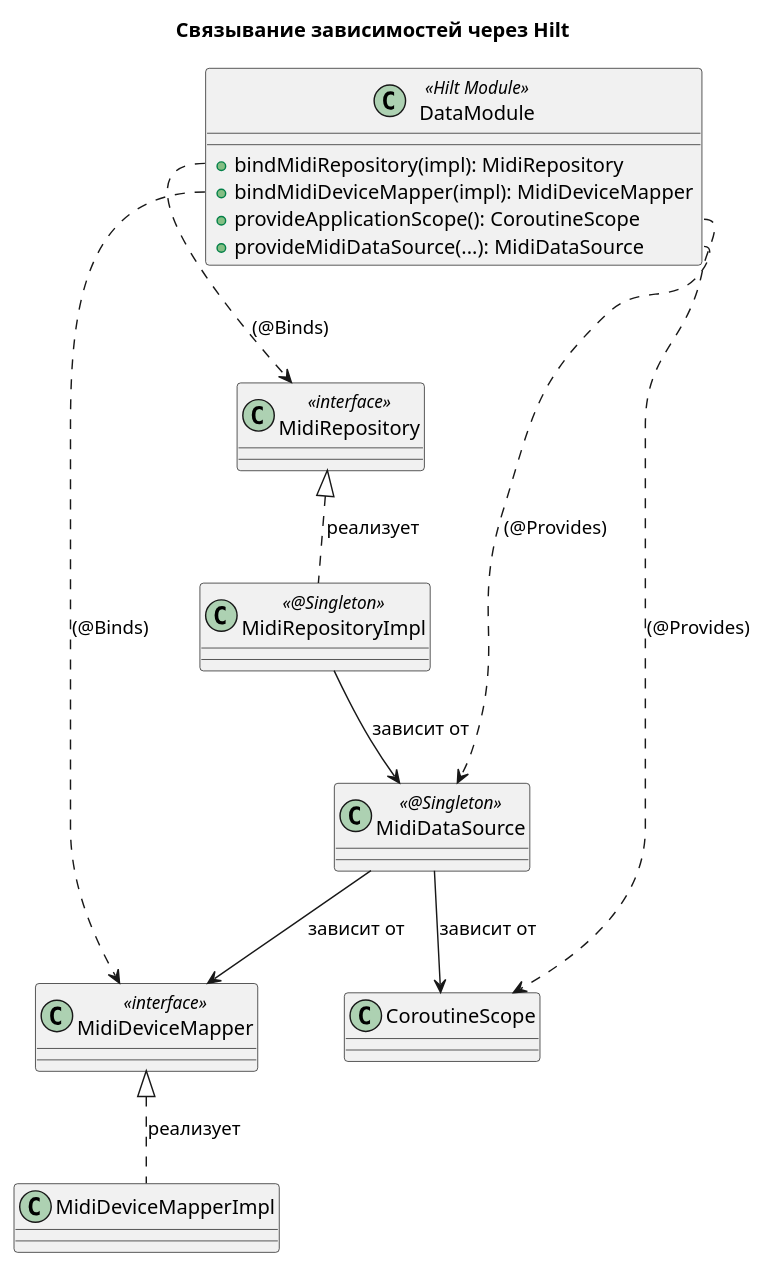
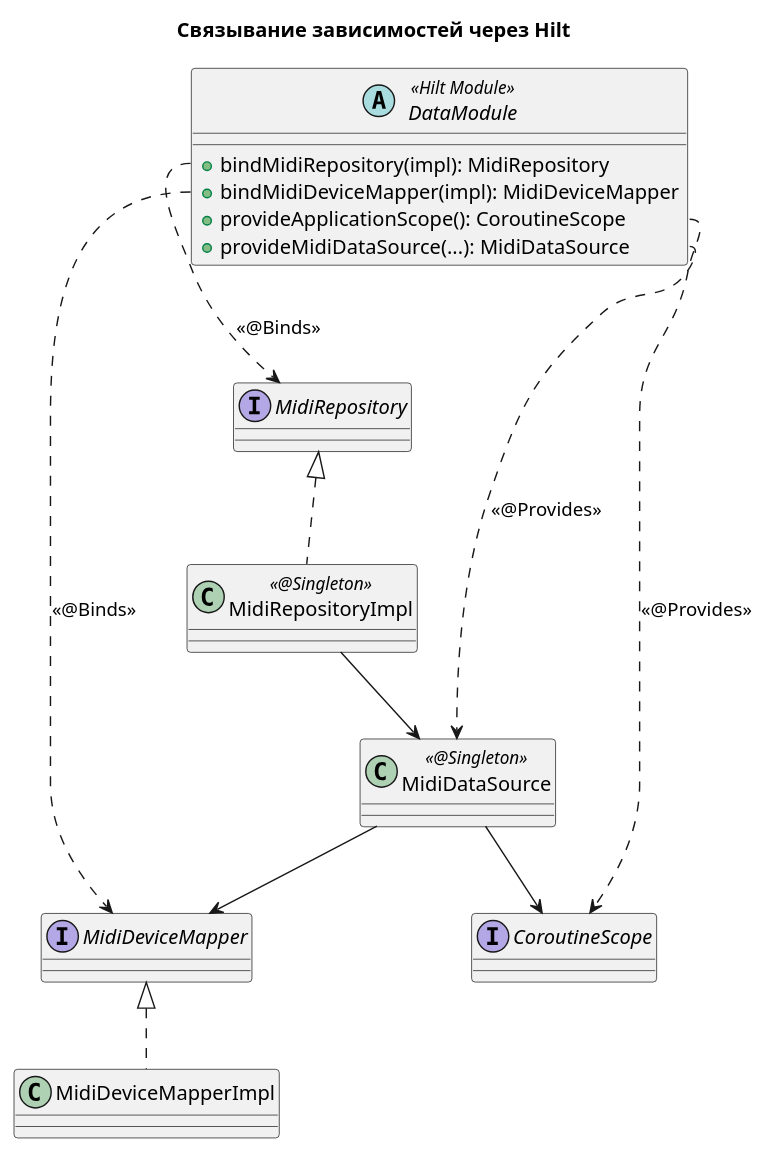
The second of 3 diagrams in docs/ts/MIDI_CONNECTION.md (astrizhachuk/PianoFlow), drawn with PlantUML before and after one commit. The commit also changed 1 other file, not shown here.

Commit message:
docs: обновить диаграммы в MIDI_CONNECTION и MIDI_NOTIFICATION

````diff
--- a/docs/ts/MIDI_CONNECTION.md
+++ b/docs/ts/MIDI_CONNECTION.md
@@ -143,31 +143,35 @@
 ```plantuml
 @startuml
 title Связывание зависимостей через Hilt
 
-class MidiRepository <<interface>>
+interface MidiRepository
 class MidiRepositoryImpl <<@Singleton>>
-class MidiDeviceMapper <<interface>>
+interface MidiDeviceMapper
 class MidiDeviceMapperImpl
 class MidiDataSource <<@Singleton>>
-class CoroutineScope
+interface CoroutineScope
 
-class DataModule <<Hilt Module>> {
+abstract class DataModule <<Hilt Module>> {
   +bindMidiRepository(impl): MidiRepository
   +bindMidiDeviceMapper(impl): MidiDeviceMapper
   +provideApplicationScope(): CoroutineScope
   +provideMidiDataSource(...): MidiDataSource
 }
 
-MidiRepositoryImpl .up.|> MidiRepository : реализует
-MidiDeviceMapperImpl .up.|> MidiDeviceMapper : реализует
-MidiRepositoryImpl --> MidiDataSource : зависит от
-MidiDataSource --> CoroutineScope : зависит от
-MidiDataSource --> MidiDeviceMapper : зависит от
+' Реализация
+MidiRepositoryImpl .up.|> MidiRepository
+MidiDeviceMapperImpl .up.|> MidiDeviceMapper
 
-DataModule::bindMidiRepository ..> MidiRepository : "(@Binds)"
-DataModule::bindMidiDeviceMapper ..> MidiDeviceMapper : "(@Binds)"
-DataModule::provideMidiDataSource ..> MidiDataSource : "(@Provides)"
-DataModule::provideApplicationScope ..> CoroutineScope : "(@Provides)"
+' Ассоциация
+MidiRepositoryImpl --> MidiDataSource
+MidiDataSource --> CoroutineScope
+MidiDataSource --> MidiDeviceMapper
+
+' Зависимость
+DataModule::bindMidiRepository ..> MidiRepository : <<@Binds>>
+DataModule::bindMidiDeviceMapper ..> MidiDeviceMapper : <<@Binds>>
+DataModule::provideMidiDataSource ..> MidiDataSource : <<@Provides>>
+DataModule::provideApplicationScope ..> CoroutineScope : <<@Provides>>
 
 @enduml
 ```
````
